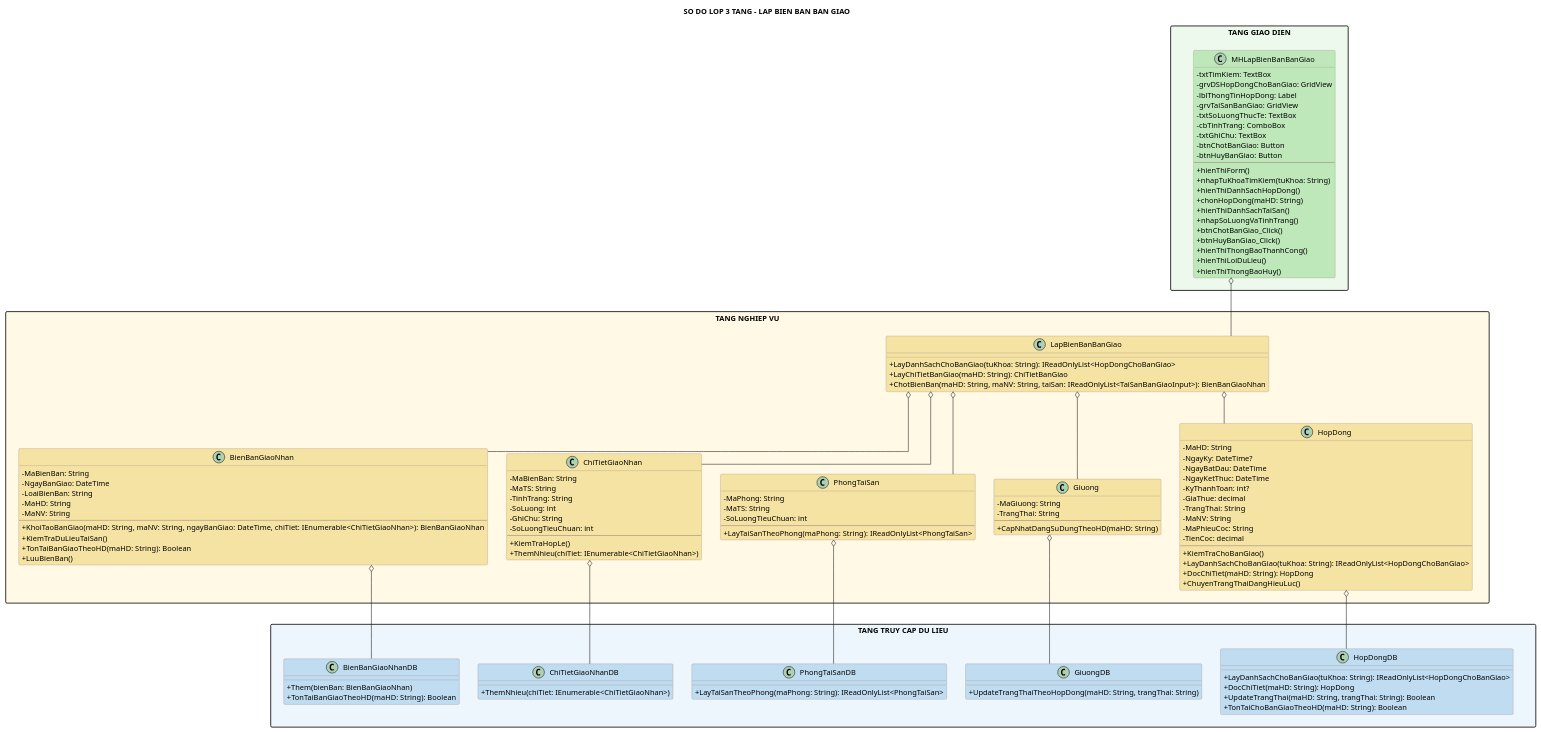
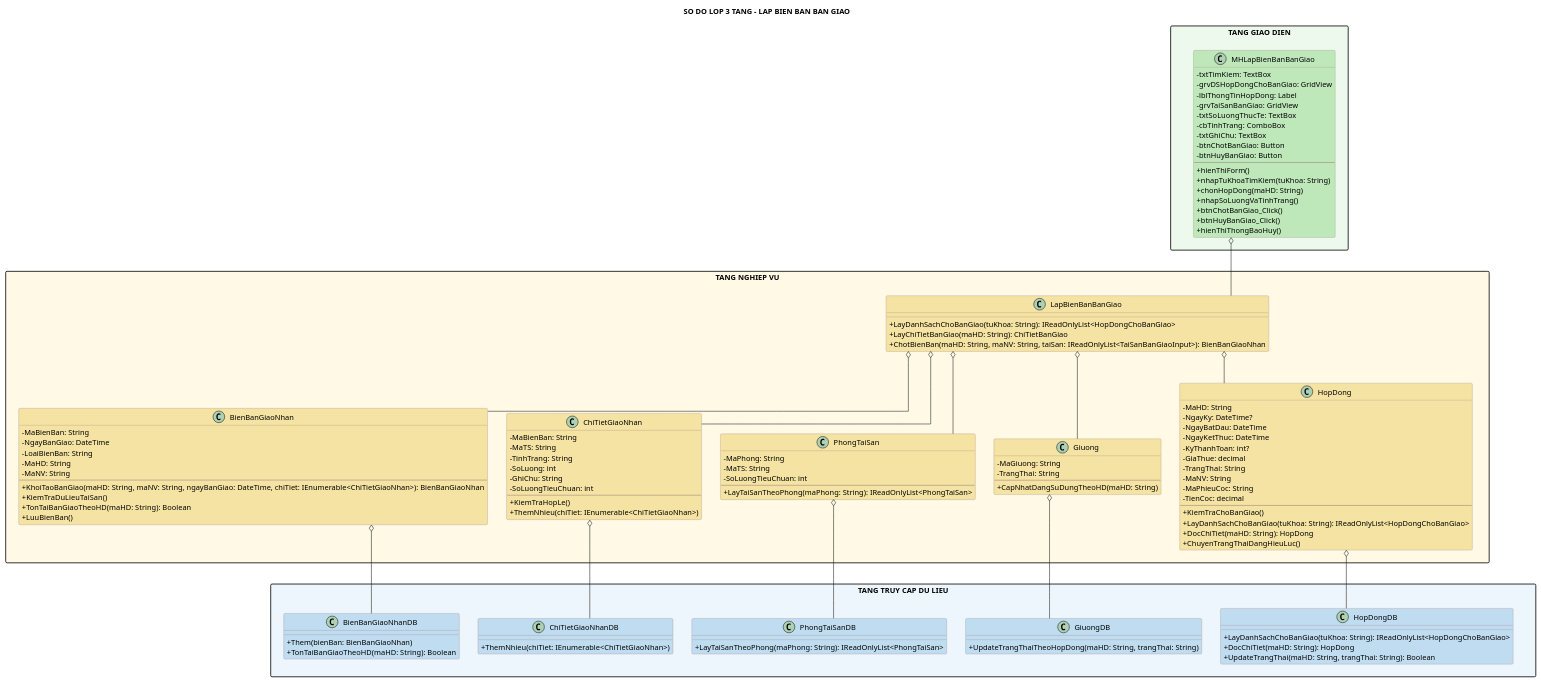
One commit to Ming1309/HomeStay-Dorm changed the diagram in docs/uml/lap-bien-ban-ban-giao-class.puml. Above: the diagram before and after it, drawn with PlantUML. The commit also changed 41 other files, not shown here.

Commit message:
docs(uml): synchronize class and sequence diagrams with branch scope BLL parameters

```diff
--- a/docs/uml/lap-bien-ban-ban-giao-class.puml
+++ b/docs/uml/lap-bien-ban-ban-giao-class.puml
@@ -1,163 +1,158 @@
 @startuml
 title SO DO LOP 3 TANG - LAP BIEN BAN BAN GIAO
 
 top to bottom direction
 skinparam shadowing false
 skinparam linetype ortho
 skinparam packageStyle rectangle
 skinparam classAttributeIconSize 0
 skinparam class {
   BackgroundColor #FFFACD
   BorderColor #9B7B7B
 }
 
 '=====================
 ' TANG GIAO DIEN
 '=====================
 package "TANG GIAO DIEN" as GUI_LAYER #EDF9EC {
   class MHLapBienBanBanGiao #BFE8BA {
     - txtTimKiem: TextBox
     - grvDSHopDongChoBanGiao: GridView
     - lblThongTinHopDong: Label
     - grvTaiSanBanGiao: GridView
     - txtSoLuongThucTe: TextBox
     - cbTinhTrang: ComboBox
     - txtGhiChu: TextBox
     - btnChotBanGiao: Button
     - btnHuyBanGiao: Button
     --
     + hienThiForm()
     + nhapTuKhoaTimKiem(tuKhoa: String)
-    + hienThiDanhSachHopDong()
     + chonHopDong(maHD: String)
-    + hienThiDanhSachTaiSan()
     + nhapSoLuongVaTinhTrang()
     + btnChotBanGiao_Click()
     + btnHuyBanGiao_Click()
-    + hienThiThongBaoThanhCong()
-    + hienThiLoiDuLieu()
     + hienThiThongBaoHuy()
   }
 }
 
 '=====================
 ' TANG NGHIEP VU
 '=====================
 package "TANG NGHIEP VU" as BUS_LAYER #FFF9E6 {
   class LapBienBanBanGiao #F4E3A2 {
     + LayDanhSachChoBanGiao(tuKhoa: String): IReadOnlyList<HopDongChoBanGiao>
     + LayChiTietBanGiao(maHD: String): ChiTietBanGiao
     + ChotBienBan(maHD: String, maNV: String, taiSan: IReadOnlyList<TaiSanBanGiaoInput>): BienBanGiaoNhan
   }
 
   class HopDong #F4E3A2 {
     - MaHD: String
     - NgayKy: DateTime?
     - NgayBatDau: DateTime
     - NgayKetThuc: DateTime
     - KyThanhToan: int?
     - GiaThue: decimal
     - TrangThai: String
     - MaNV: String
     - MaPhieuCoc: String
     - TienCoc: decimal
     --
     + KiemTraChoBanGiao()
     + LayDanhSachChoBanGiao(tuKhoa: String): IReadOnlyList<HopDongChoBanGiao>
     + DocChiTiet(maHD: String): HopDong
     + ChuyenTrangThaiDangHieuLuc()
   }
 
   class BienBanGiaoNhan #F4E3A2 {
     - MaBienBan: String
     - NgayBanGiao: DateTime
     - LoaiBienBan: String
     - MaHD: String
     - MaNV: String
     --
     + KhoiTaoBanGiao(maHD: String, maNV: String, ngayBanGiao: DateTime, chiTiet: IEnumerable<ChiTietGiaoNhan>): BienBanGiaoNhan
     + KiemTraDuLieuTaiSan()
     + TonTaiBanGiaoTheoHD(maHD: String): Boolean
     + LuuBienBan()
   }
 
   class ChiTietGiaoNhan #F4E3A2 {
     - MaBienBan: String
     - MaTS: String
     - TinhTrang: String
     - SoLuong: int
     - GhiChu: String
     - SoLuongTieuChuan: int
     --
     + KiemTraHopLe()
     + ThemNhieu(chiTiet: IEnumerable<ChiTietGiaoNhan>)
   }
 
   class PhongTaiSan #F4E3A2 {
     - MaPhong: String
     - MaTS: String
     - SoLuongTieuChuan: int
     --
     + LayTaiSanTheoPhong(maPhong: String): IReadOnlyList<PhongTaiSan>
   }
 
   class Giuong #F4E3A2 {
     - MaGiuong: String
     - TrangThai: String
     --
     + CapNhatDangSuDungTheoHD(maHD: String)
   }
 }
 
 '=====================
 ' TANG TRUY CAP DU LIEU
 '=====================
 package "TANG TRUY CAP DU LIEU" as DAL_LAYER #EDF6FC {
   class HopDongDB #BFDCF0 {
     + LayDanhSachChoBanGiao(tuKhoa: String): IReadOnlyList<HopDongChoBanGiao>
     + DocChiTiet(maHD: String): HopDong
     + UpdateTrangThai(maHD: String, trangThai: String): Boolean
-    + TonTaiChoBanGiaoTheoHD(maHD: String): Boolean
   }
 
   class BienBanGiaoNhanDB #BFDCF0 {
     + Them(bienBan: BienBanGiaoNhan)
     + TonTaiBanGiaoTheoHD(maHD: String): Boolean
   }
 
   class ChiTietGiaoNhanDB #BFDCF0 {
     + ThemNhieu(chiTiet: IEnumerable<ChiTietGiaoNhan>)
   }
 
   class PhongTaiSanDB #BFDCF0 {
     + LayTaiSanTheoPhong(maPhong: String): IReadOnlyList<PhongTaiSan>
   }
 
   class GiuongDB #BFDCF0 {
     + UpdateTrangThaiTheoHopDong(maHD: String, trangThai: String)
   }
 }
 
 '=====================
 ' QUAN HỆ (ASSOCIATIONS)
 '=====================
 MHLapBienBanBanGiao o-- LapBienBanBanGiao
 
 LapBienBanBanGiao o-- HopDong
 LapBienBanBanGiao o-- BienBanGiaoNhan
 LapBienBanBanGiao o-- ChiTietGiaoNhan
 LapBienBanBanGiao o-- PhongTaiSan
 LapBienBanBanGiao o-- Giuong
 
 HopDong o-- HopDongDB
 BienBanGiaoNhan o-- BienBanGiaoNhanDB
 ChiTietGiaoNhan o-- ChiTietGiaoNhanDB
 PhongTaiSan o-- PhongTaiSanDB
 Giuong o-- GiuongDB
 
 
 GUI_LAYER -[hidden]down- BUS_LAYER
 BUS_LAYER -[hidden]down- DAL_LAYER
 LapBienBanBanGiao -[hidden]down- HopDongDB
 Giuong -[hidden]down- HopDongDB
 @enduml
```
